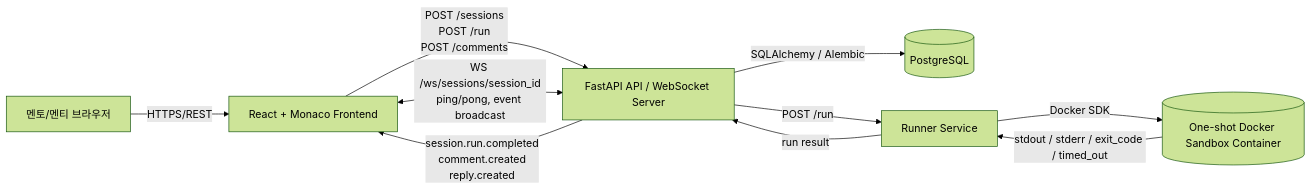
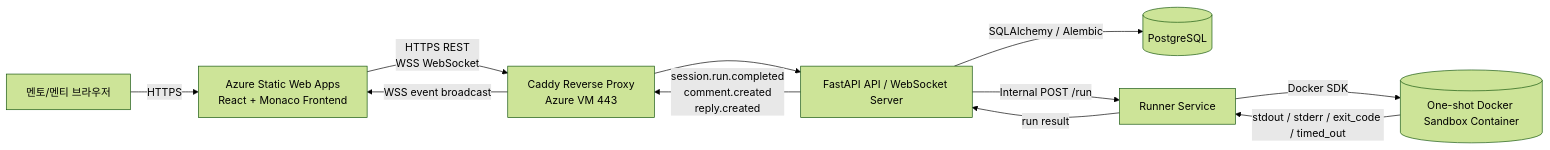
One commit to 2026-Cloud-Computing-Term-Project/cloudterm changed the diagram in README.md. Above: the diagram before and after it, drawn with Mermaid (forest theme). The commit also changed other lines of this file and 15 other files, not shown here.

````diff
--- a/README.md
+++ b/README.md
@@ -94,12 +97,13 @@
 ```mermaid
 flowchart LR
-  U[멘토/멘티 브라우저] -->|HTTPS/REST| FE[React + Monaco Frontend]
-  FE -->|POST /sessions<br/>POST /run<br/>POST /comments| BE[FastAPI API / WebSocket Server]
-  FE <-->|WS /ws/sessions/session_id<br/>ping/pong, event broadcast| BE
+  U[멘토/멘티 브라우저] -->|HTTPS| SWA[Azure Static Web Apps<br/>React + Monaco Frontend]
+  SWA -->|HTTPS REST<br/>WSS WebSocket| CADDY[Caddy Reverse Proxy<br/>Azure VM 443]
+  CADDY --> BE[FastAPI API / WebSocket Server]
   BE -->|SQLAlchemy / Alembic| DB[(PostgreSQL)]
-  BE -->|POST /run| R[Runner Service]
+  BE -->|Internal POST /run| R[Runner Service]
   R -->|Docker SDK| D[(One-shot Docker Sandbox Container)]
   D -->|stdout / stderr / exit_code / timed_out| R
   R -->|run result| BE
-  BE -->|session.run.completed<br/>comment.created<br/>reply.created| FE
+  BE -->|session.run.completed<br/>comment.created<br/>reply.created| CADDY
+  CADDY -->|WSS event broadcast| SWA
 ```
````
